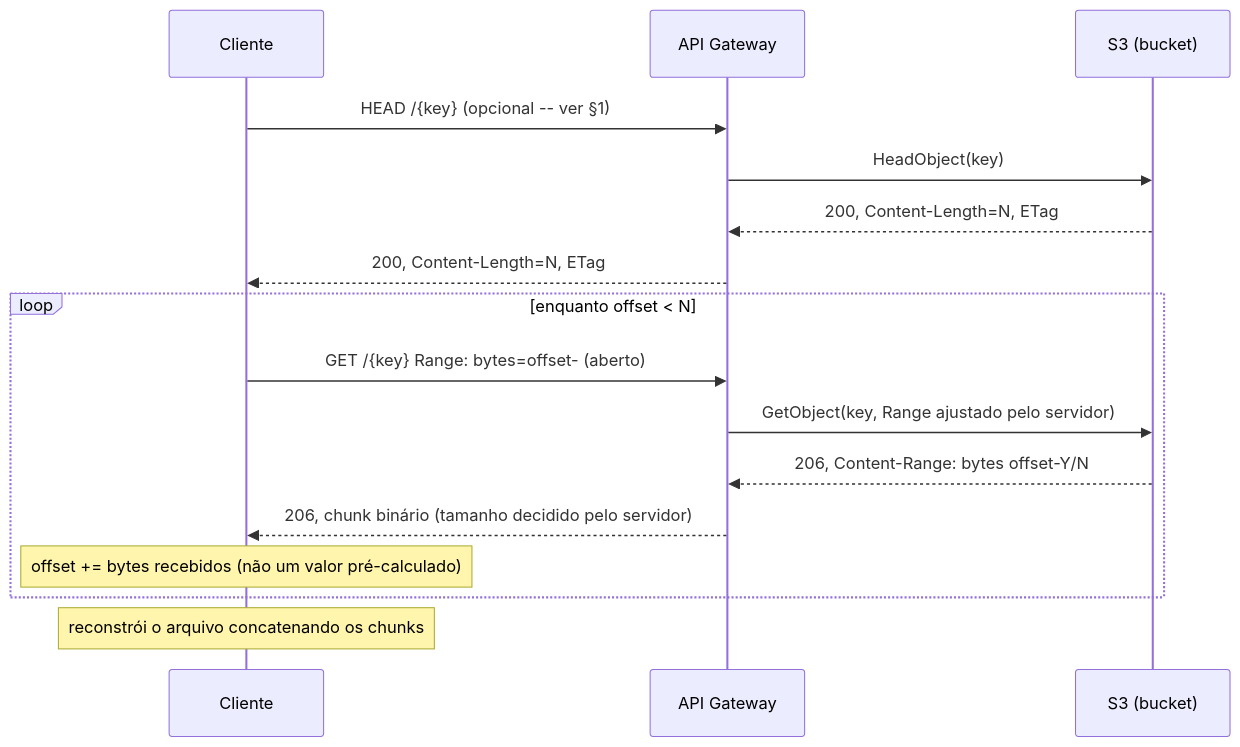
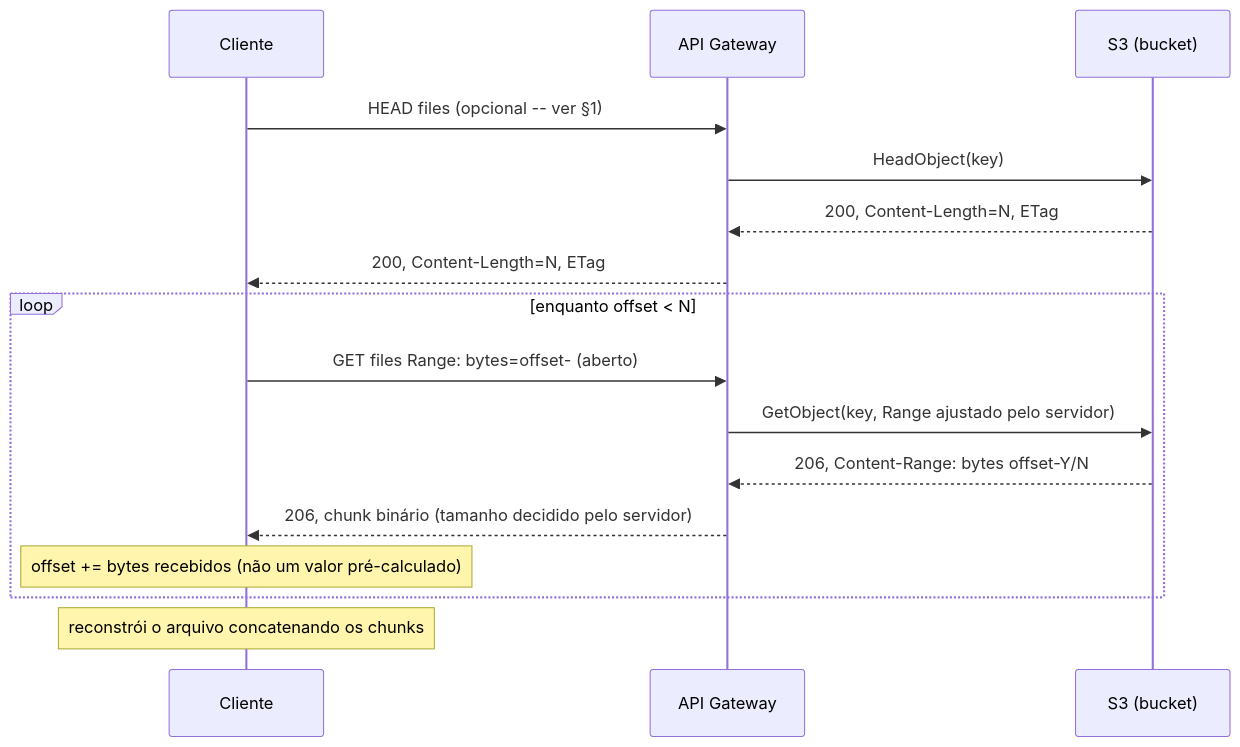
One commit to brunojet/apigw-transfer changed the first of 4 diagrams in docs/client-behavior.md. Above: the diagram before and after it, drawn with Mermaid. The commit also changed other lines of this file and 17 other files, not shown here.

````diff
--- a/docs/client-behavior.md
+++ b/docs/client-behavior.md
@@ -51,20 +62,20 @@
 ```mermaid
 sequenceDiagram
     participant C as Cliente
     participant AGW as API Gateway
     participant S3 as S3 (bucket)
 
-    C->>AGW: HEAD /{key}  (opcional -- ver §1)
+    C->>AGW: HEAD files  (opcional -- ver §1)
     AGW->>S3: HeadObject(key)
     S3-->>AGW: 200, Content-Length=N, ETag
     AGW-->>C: 200, Content-Length=N, ETag
 
     loop enquanto offset < N
-        C->>AGW: GET /{key}  Range: bytes=offset-  (aberto)
+        C->>AGW: GET files  Range: bytes=offset-  (aberto)
         AGW->>S3: GetObject(key, Range ajustado pelo servidor)
         S3-->>AGW: 206, Content-Range: bytes offset-Y/N
         AGW-->>C: 206, chunk binário (tamanho decidido pelo servidor)
         Note over C: offset += bytes recebidos (não um valor pré-calculado)
     end
     Note over C: reconstrói o arquivo concatenando os chunks
 ```
````
